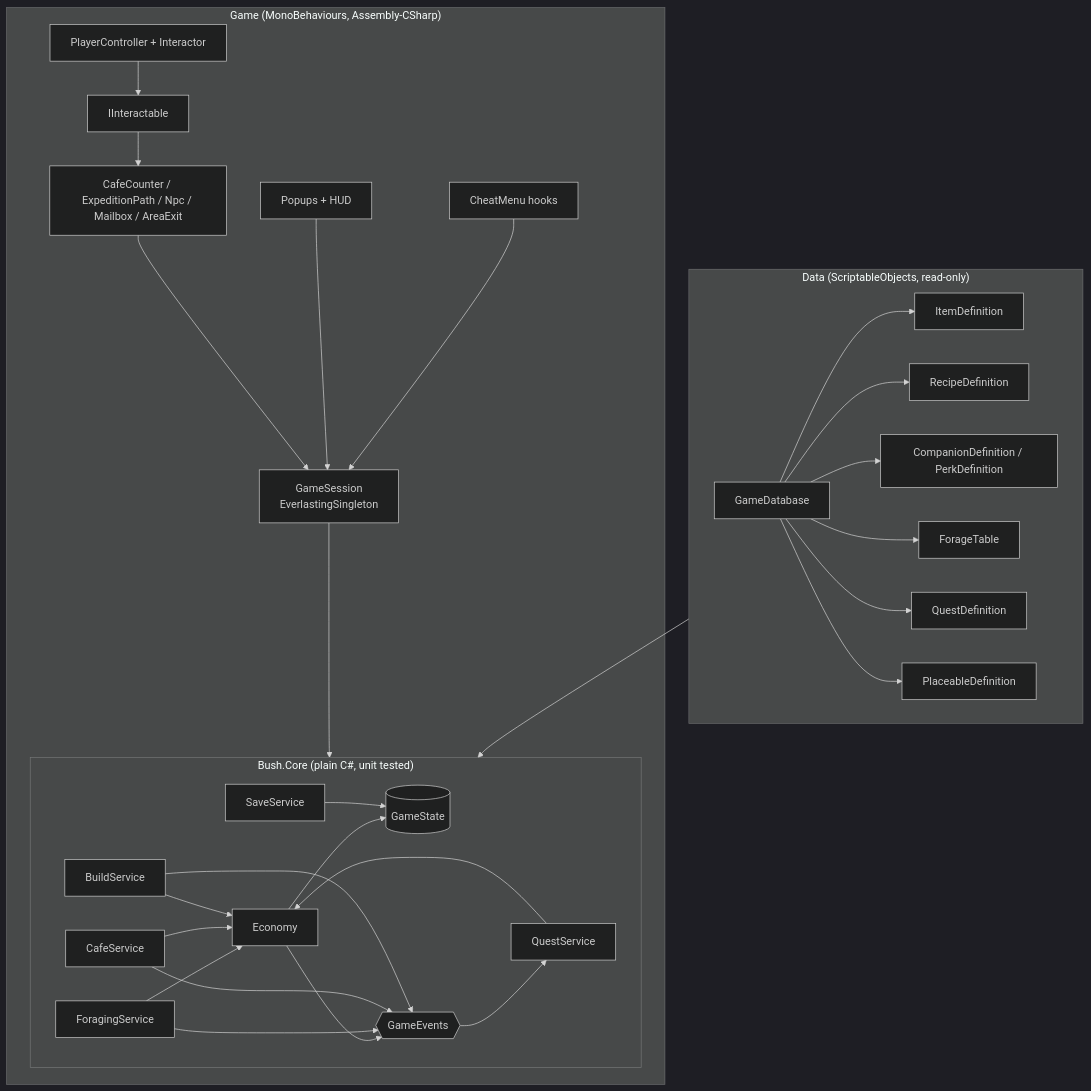
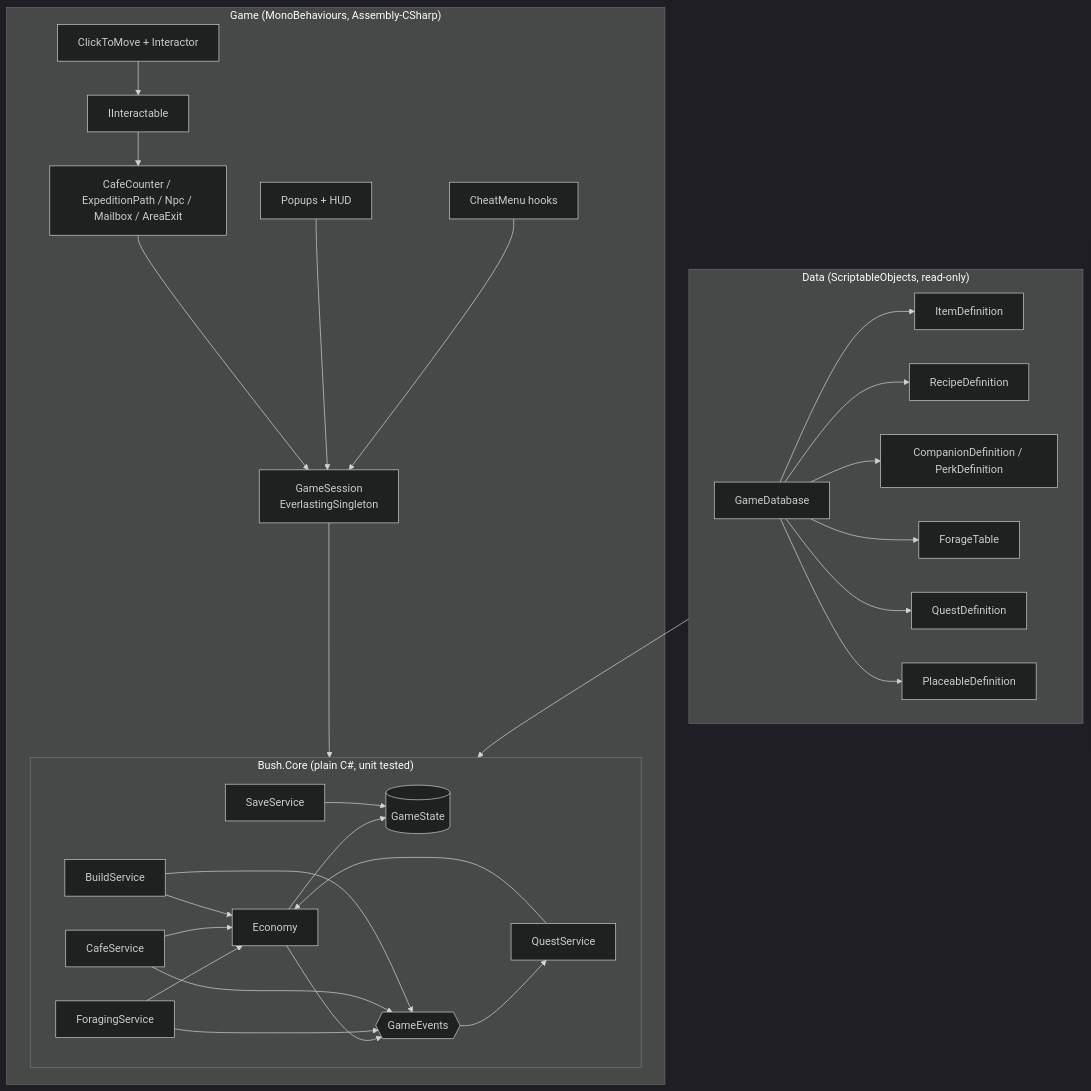
The diagram in docs/ARCHITECTURE.md (Baconeta-Studios/a-little-place-in-the-bush), drawn with Mermaid (dark theme) before and after one commit. The commit also changed other lines of this file and 1 other file, not shown here.

````diff
--- a/docs/ARCHITECTURE.md
+++ b/docs/ARCHITECTURE.md
@@ -9,38 +9,38 @@
 ```mermaid
 flowchart TB
     subgraph Data["Data (ScriptableObjects, read-only)"]
         DB[GameDatabase] --> Items[ItemDefinition]
         DB --> Recipes[RecipeDefinition]
         DB --> Comp[CompanionDefinition / PerkDefinition]
         DB --> Forage[ForageTable]
         DB --> Quests[QuestDefinition]
         DB --> Place[PlaceableDefinition]
     end
 
     subgraph Core["Bush.Core (plain C#, unit tested)"]
         State[(GameState)]
         Eco[Economy] --> State
         Exp[ForagingService] --> Eco
         Cafe[CafeService] --> Eco
         Quest[QuestService] --> Eco
         Build[BuildService] --> Eco
         Save[SaveService] --> State
         Events{{GameEvents}}
         Eco --> Events
         Exp --> Events
         Cafe --> Events
         Build --> Events
         Events --> Quest
     end
 
     subgraph Game["Game (MonoBehaviours, Assembly-CSharp)"]
         Session[GameSession<br/>EverlastingSingleton] --> Core
-        Player[PlayerController + Interactor] --> I[IInteractable]
+        Player[ClickToMove + Interactor] --> I[IInteractable]
         I --> Stations[CafeCounter / ExpeditionPath / Npc / Mailbox / AreaExit]
         Stations --> Session
         UI[Popups + HUD] --> Session
         Cheats[CheatMenu hooks] --> Session
     end
 
     Data --> Core
 ```
````
